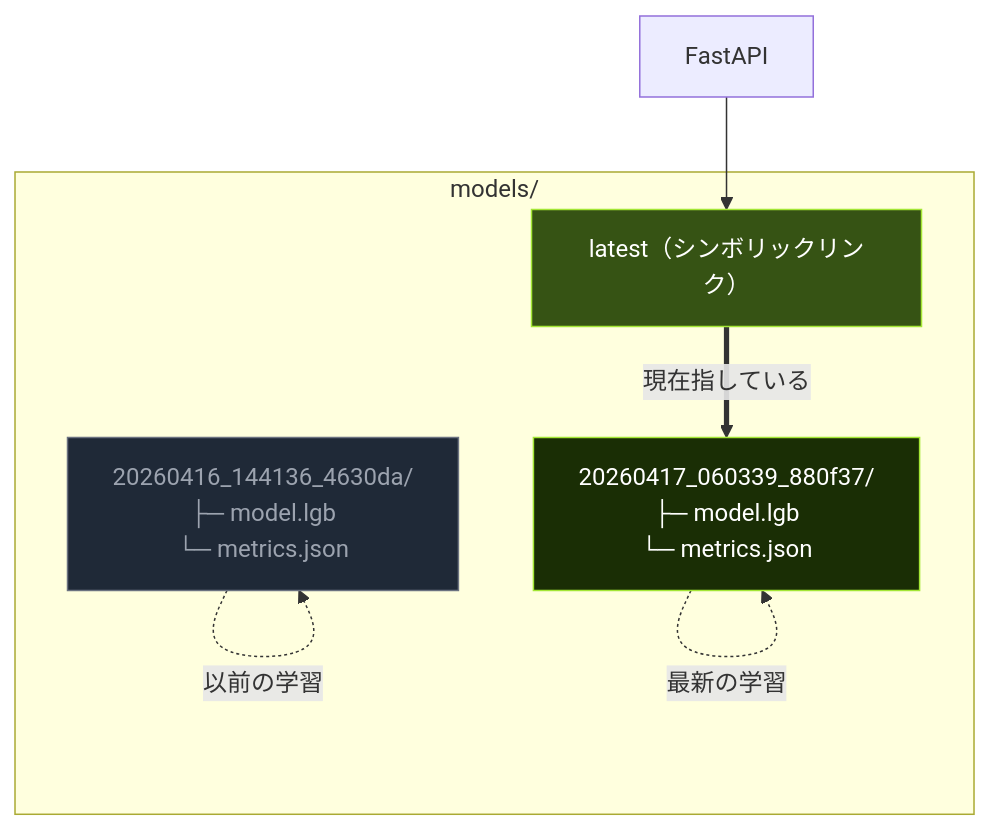
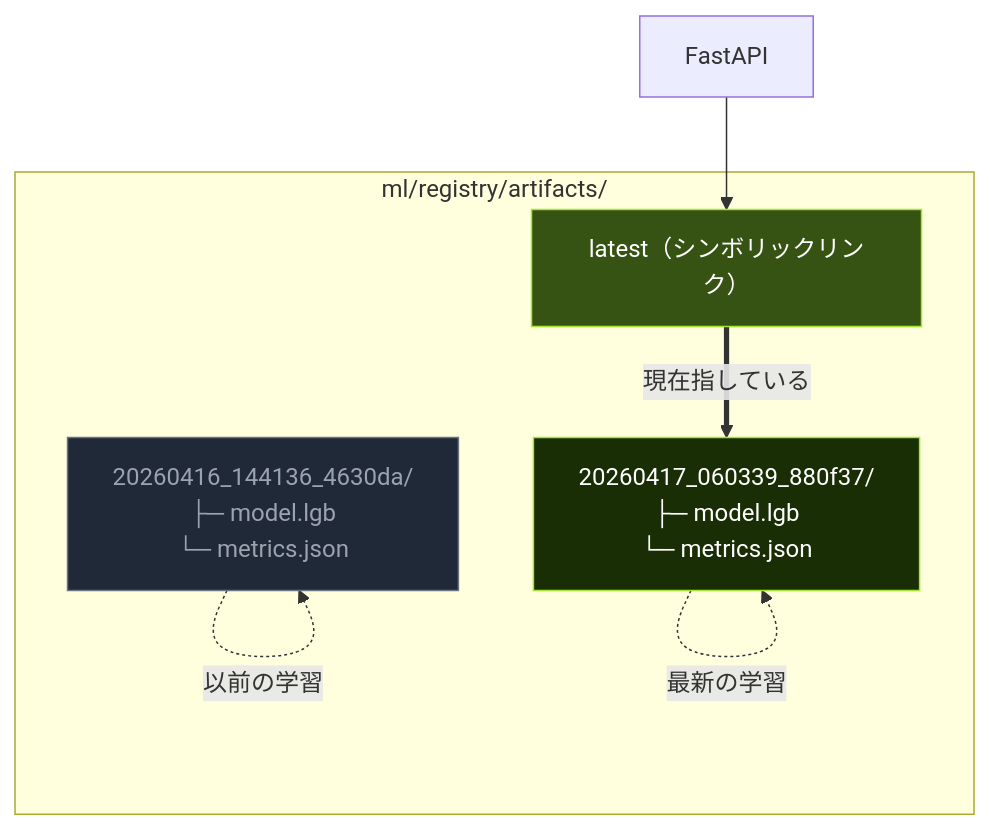
One commit to kurosawa-kuro/study-gcp-mlops changed the fourth of 6 diagrams in 1/study-ml-foundations/docs/教育資料/05_図解.md. Above: the diagram before and after it, drawn with Mermaid. The commit also changed other lines of this file and 35 other files, not shown here.

````diff
--- a/1/study-ml-foundations/docs/教育資料/05_図解.md
+++ b/1/study-ml-foundations/docs/教育資料/05_図解.md
@@ -95,21 +95,21 @@
 ```mermaid
 flowchart TB
-    subgraph Models["models/"]
+    subgraph Models["ml/registry/artifacts/"]
         R1["20260416_144136_4630da/<br/>├─ model.lgb<br/>└─ metrics.json"]
         R2["20260417_060339_880f37/<br/>├─ model.lgb<br/>└─ metrics.json"]
         L["latest（シンボリックリンク）"]
     end
 
     R1 -.->|以前の学習| R1
     R2 -.->|最新の学習| R2
     L ==>|現在指している| R2
 
     API["FastAPI"] --> L
 
     classDef old fill:#1f2937,stroke:#6b7280,color:#9ca3af
     classDef new fill:#1a2e05,stroke:#a3e635,color:#ffffff
     classDef link fill:#365314,stroke:#a3e635,color:#ffffff
     class R1 old
     class R2 new
     class L link
 ```
````
